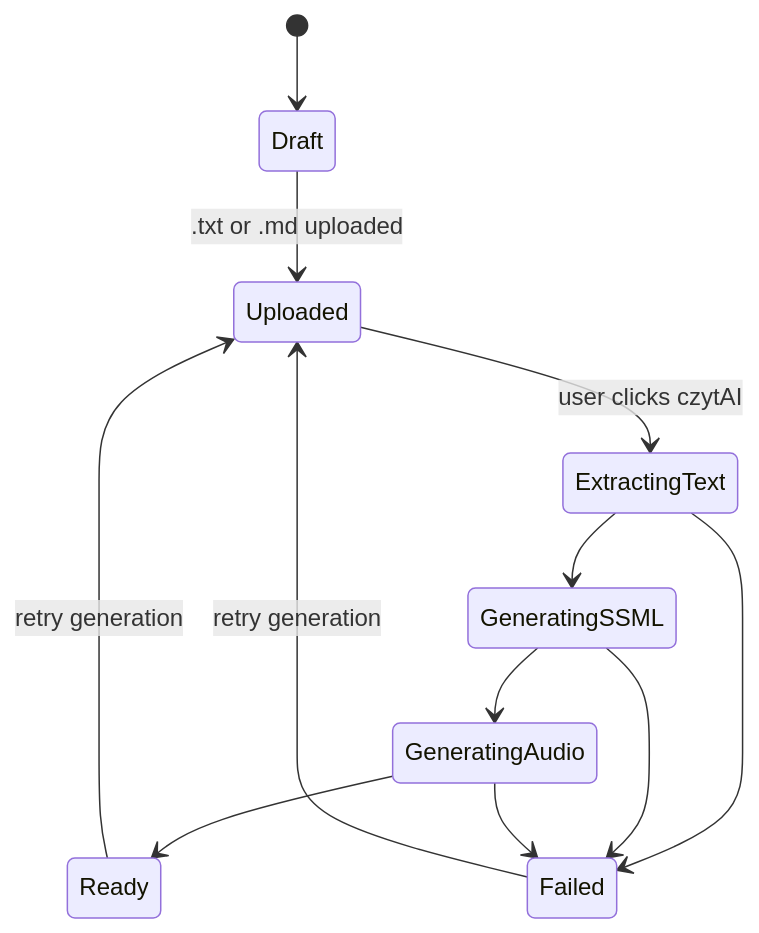
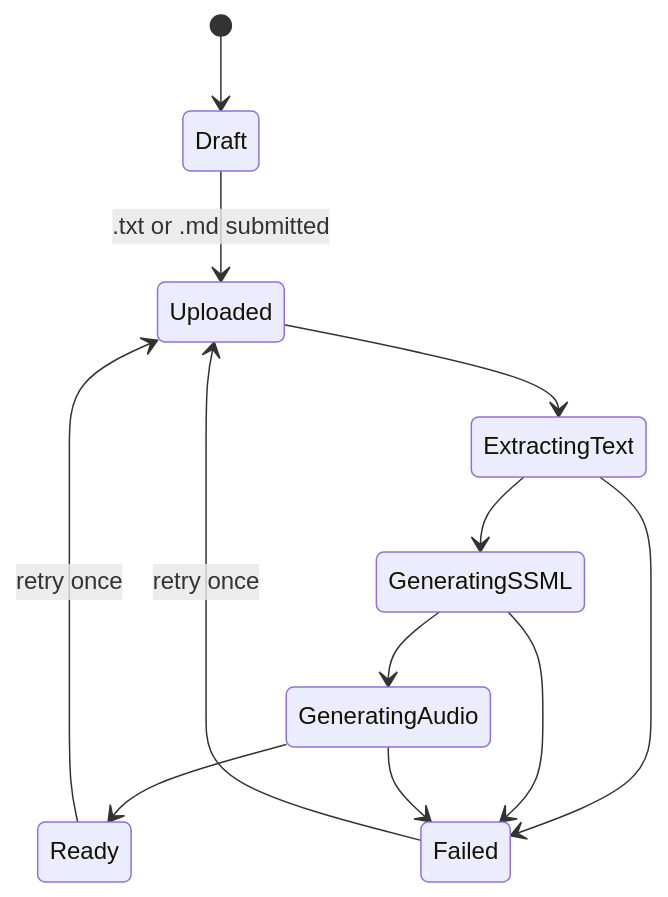
One commit to szmydlo98/przeczytai.me changed the third of 3 diagrams in docs/przeczytajmi-screen-architecture.md. Above: the diagram before and after it, drawn with Mermaid. The commit also changed other lines of this file, not shown here.

Commit message:
Document PrzeczytajMi screen architecture

````diff
--- a/docs/przeczytajmi-screen-architecture.md
+++ b/docs/przeczytajmi-screen-architecture.md
@@ -335,14 +336,14 @@
 ```mermaid
 stateDiagram-v2
     [*] --> Draft
-    Draft --> Uploaded: .txt or .md uploaded
-    Uploaded --> ExtractingText: user clicks czytAI
+    Draft --> Uploaded: .txt or .md submitted
+    Uploaded --> ExtractingText
     ExtractingText --> GeneratingSSML
     GeneratingSSML --> GeneratingAudio
     GeneratingAudio --> Ready
     ExtractingText --> Failed
     GeneratingSSML --> Failed
     GeneratingAudio --> Failed
-    Failed --> Uploaded: retry generation
-    Ready --> Uploaded: retry generation
+    Failed --> Uploaded: retry once
+    Ready --> Uploaded: retry once
 ```
````
